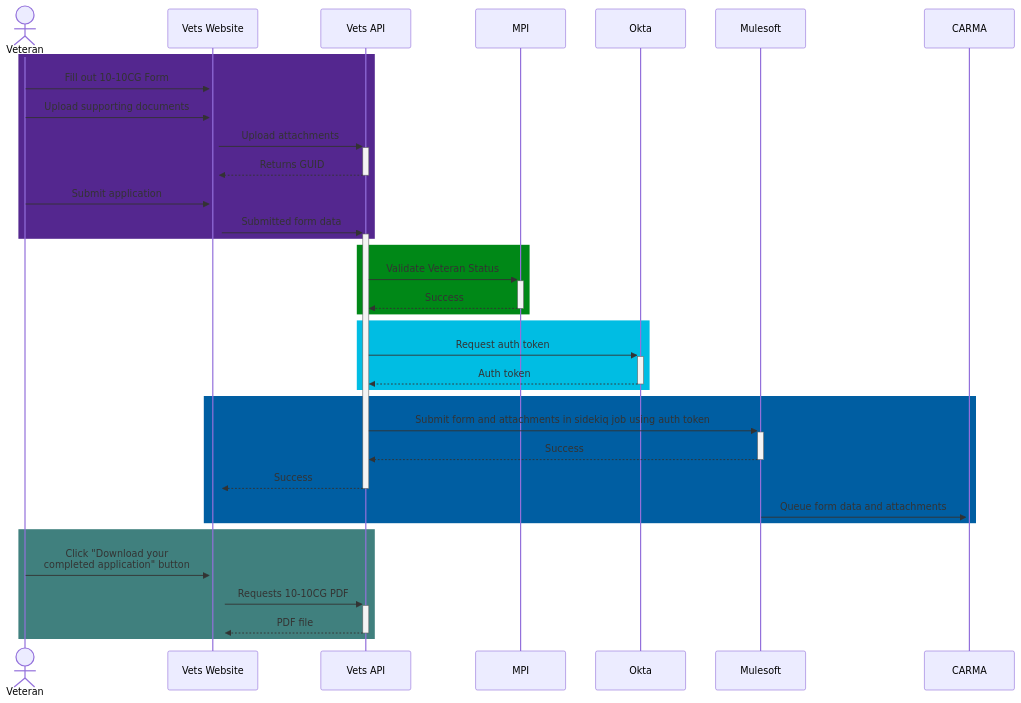
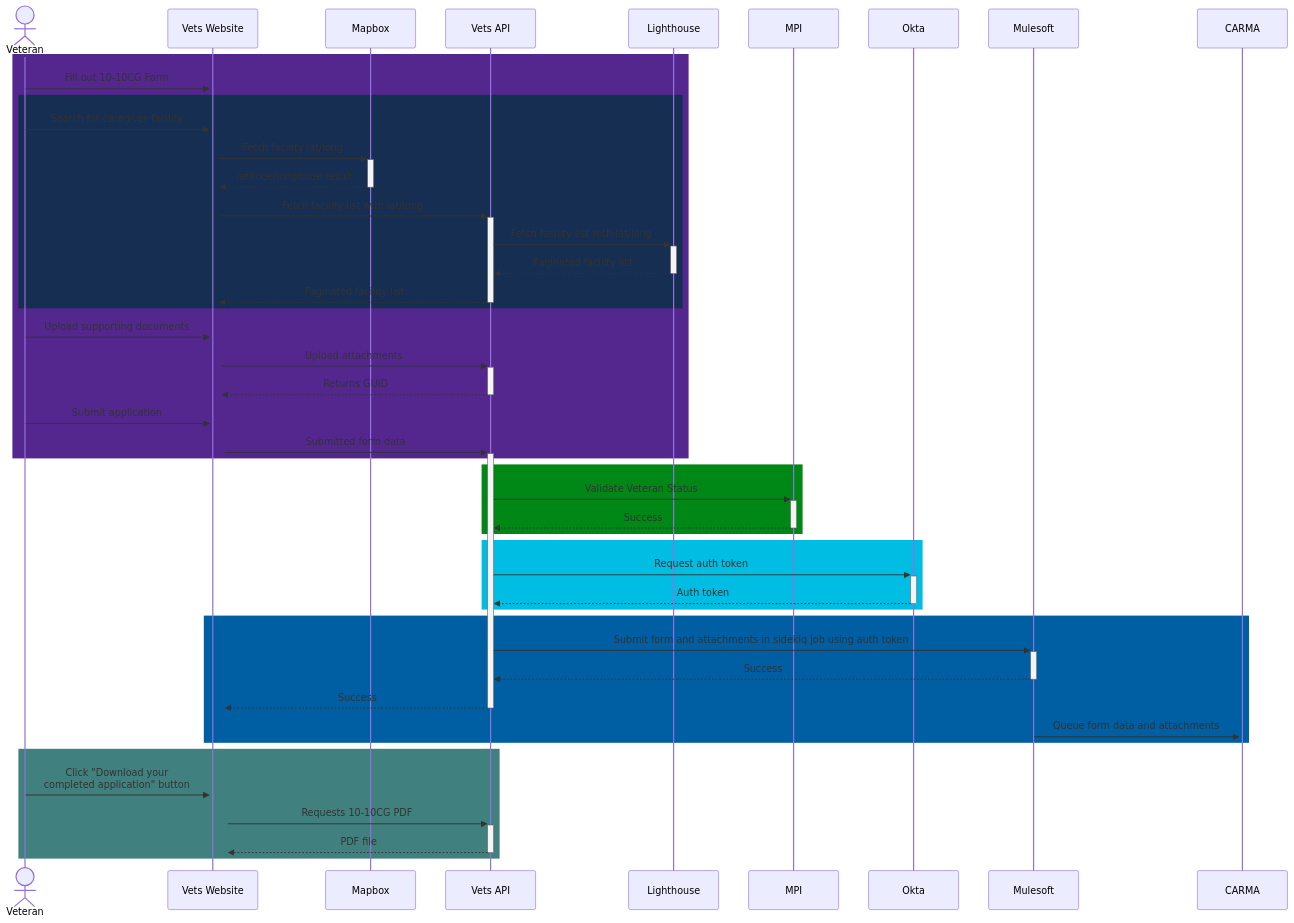
Before and after one commit to department-of-veterans-affairs/va.gov-team: the diagram in products/caregivers/eng-docs/10-10CG Sequence Diagram.md, drawn with Mermaid.

Commit message:
add facilities section to sequence diagraam

````diff
--- a/products/caregivers/eng-docs/10-10CG Sequence Diagram.md
+++ b/products/caregivers/eng-docs/10-10CG Sequence Diagram.md
@@ -1,44 +1,55 @@
 ```mermaid
 sequenceDiagram
   actor Veteran as Veteran
 
   participant vets-website as Vets Website
+  participant mapbox as Mapbox
   participant vets-api as Vets API
+  participant lighthouse as Lighthouse
   participant mpi as MPI
 
   participant Okta
   participant mulesoft as Mulesoft
   participant carma as CARMA
 
   rect rgb(84, 39, 143)
   Veteran ->>+ vets-website: Fill out 10-10CG Form
+  rect rgb(22, 46, 81)
+    Veteran ->>+ vets-website: Search for caregiver facility
+    vets-website ->>+ mapbox: Fetch facility lat/long
+    mapbox -->>- vets-website: latitude/longitude result
+    vets-website ->>+ vets-api: Fetch facility list with lat/long
+    vets-api ->>+ lighthouse: Fetch facility list with lat/long
+    lighthouse -->>- vets-api: Paginated facility list
+    vets-api -->>- vets-website: Paginated facility list
+  end
   Veteran ->>+ vets-website: Upload supporting documents
   vets-website ->>+ vets-api: Upload attachments
   vets-api -->>- vets-website: Returns GUID
   Veteran ->>+ vets-website: Submit application
   vets-website ->>+ vets-api: Submitted form data
   end
 
   rect rgb(0, 136, 23)
   vets-api ->>+ mpi: Validate Veteran Status
   mpi -->>- vets-api: Success
   end
 
   rect rgb(0, 189, 227)
   vets-api ->>+ Okta: Request auth token
   Okta -->>- vets-api: Auth token
   end
 
   rect rgb(0, 94, 162)
   vets-api ->>+ mulesoft: Submit form and attachments in sidekiq job using auth token
   mulesoft -->>- vets-api: Success
   vets-api -->>- vets-website: Success
   mulesoft ->>+ carma: Queue form data and attachments
   end
 
   rect rgb(64, 128, 126)
   Veteran ->>+ vets-website: Click "Download your <br> completed application" button
   vets-website ->>+ vets-api: Requests 10-10CG PDF
   vets-api -->>- vets-website: PDF file
   end
 ```
````
